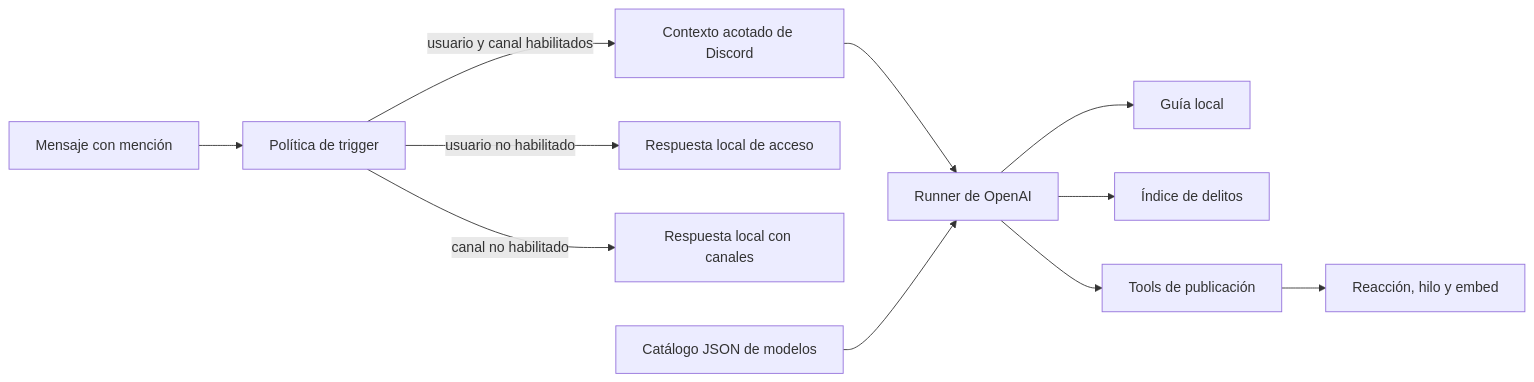
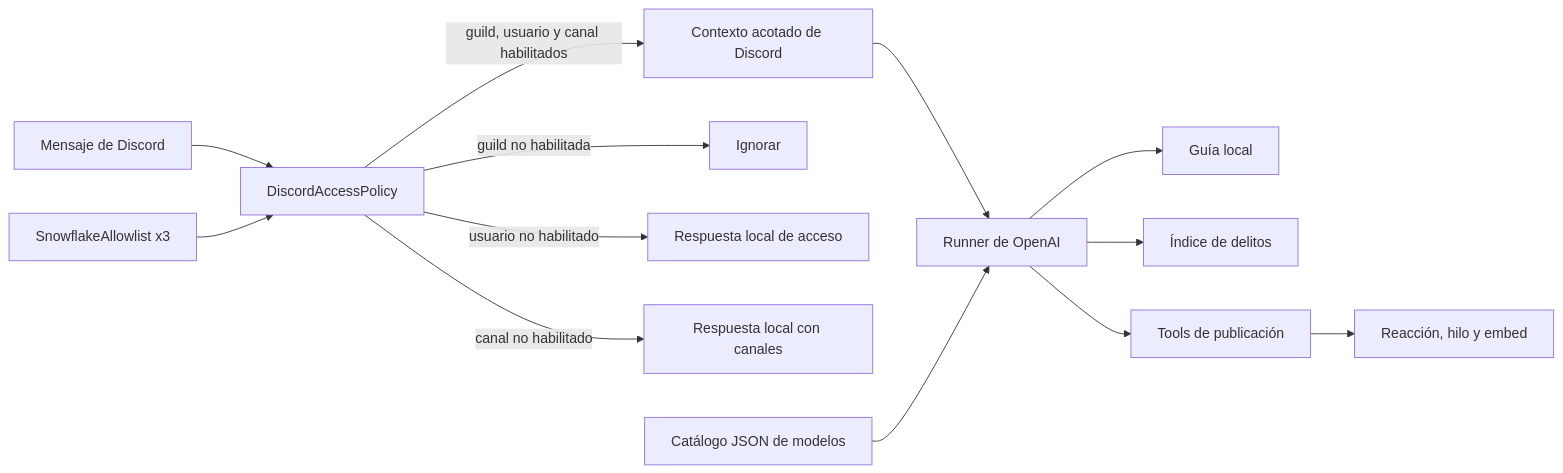
Before and after one commit to SouthViking/arrest-report-agent: the diagram in docs/ARCHITECTURE.md, drawn with Mermaid. The commit also changed other lines of this file and 14 other files, not shown here.

Commit message:
refactor(discord): centralize allowlist policy

````diff
--- a/docs/ARCHITECTURE.md
+++ b/docs/ARCHITECTURE.md
@@ -5,13 +5,15 @@
 ```mermaid
 flowchart LR
-    M["Mensaje con mención"] --> T["Política de trigger"]
-    T -->|"usuario y canal habilitados"| C["Contexto acotado de Discord"]
+    M["Mensaje de Discord"] --> T["DiscordAccessPolicy"]
+    A["SnowflakeAllowlist x3"] --> T
+    T -->|"guild, usuario y canal habilitados"| C["Contexto acotado de Discord"]
+    T -->|"guild no habilitada"| I["Ignorar"]
     T -->|"usuario no habilitado"| U["Respuesta local de acceso"]
     T -->|"canal no habilitado"| W["Respuesta local con canales"]
     C --> R["Runner de OpenAI"]
     J["Catálogo JSON de modelos"] --> R
     R --> G["Guía local"]
     R --> D["Índice de delitos"]
     R --> P["Tools de publicación"]
     P --> X["Reacción, hilo y embed"]
 ```
````
